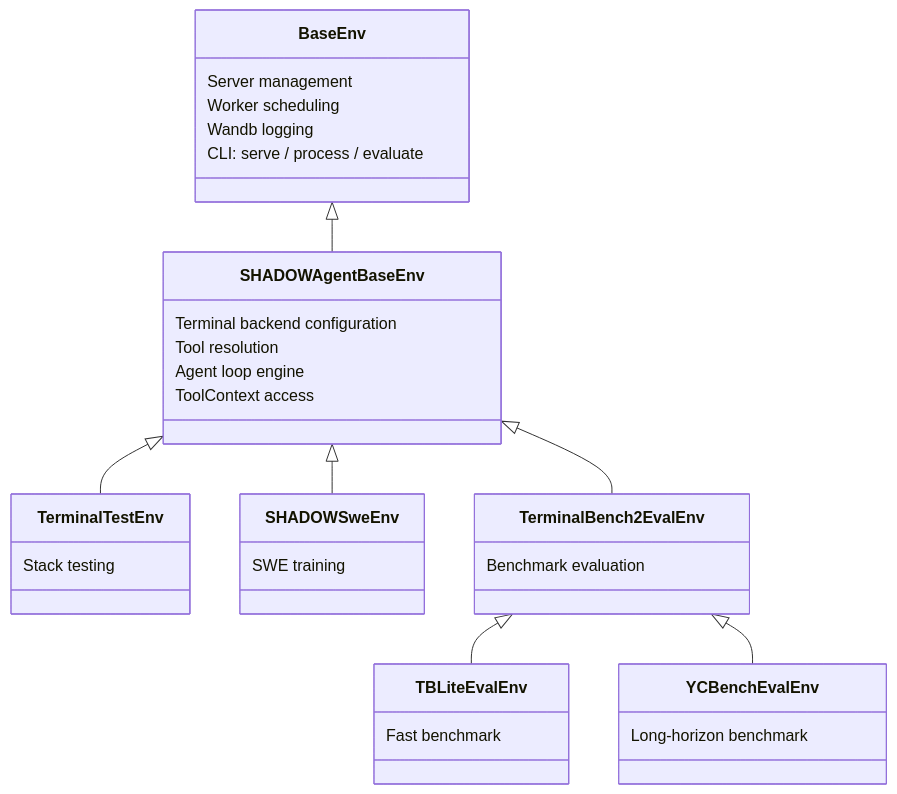
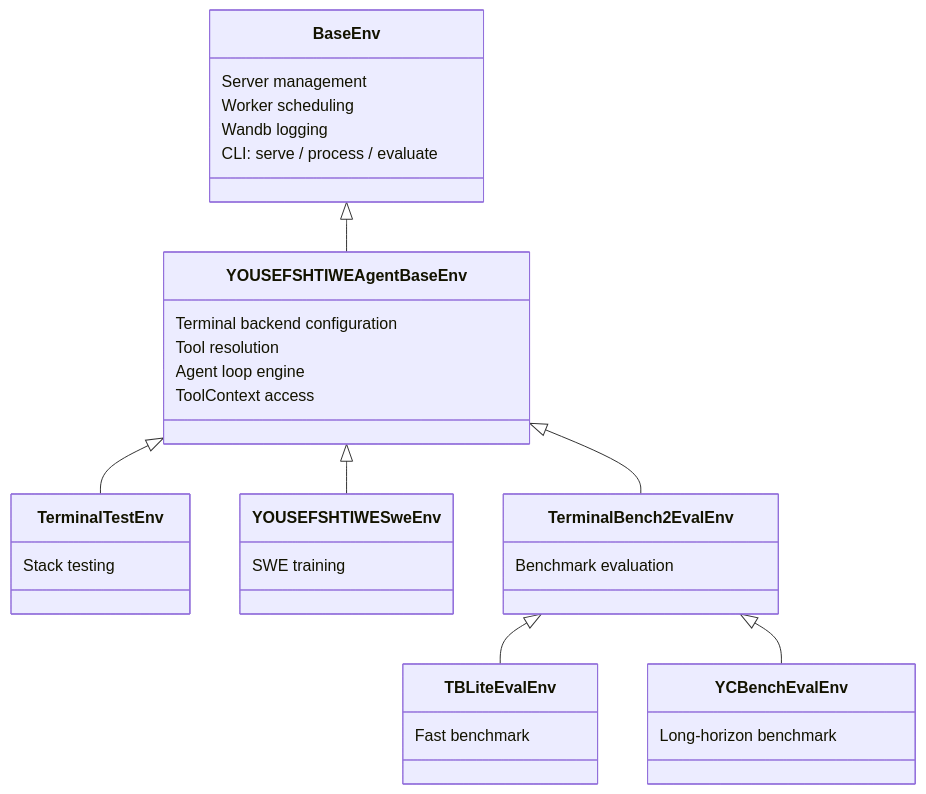
Before and after one commit to sadadonline17-oss/yousef-shtiwe-worm-v2: the diagram in website/docs/developer-guide/environments.md, drawn with Mermaid. The commit also changed other lines of this file and 1185 other files, not shown here.

````diff
--- a/website/docs/developer-guide/environments.md
+++ b/website/docs/developer-guide/environments.md
@@ -31,43 +31,43 @@
 ```mermaid
 classDiagram
     class BaseEnv {
       Server management
       Worker scheduling
       Wandb logging
       CLI: serve / process / evaluate
     }
 
-    class SHADOWAgentBaseEnv {
+    class YOUSEF SHTIWEAgentBaseEnv {
       Terminal backend configuration
       Tool resolution
       Agent loop engine
       ToolContext access
     }
 
     class TerminalTestEnv {
       Stack testing
     }
 
-    class SHADOWSweEnv {
+    class YOUSEF SHTIWESweEnv {
       SWE training
     }
 
     class TerminalBench2EvalEnv {
       Benchmark evaluation
     }
 
     class TBLiteEvalEnv {
       Fast benchmark
     }
 
     class YCBenchEvalEnv {
       Long-horizon benchmark
     }
 
-    BaseEnv <|-- SHADOWAgentBaseEnv
-    SHADOWAgentBaseEnv <|-- TerminalTestEnv
-    SHADOWAgentBaseEnv <|-- SHADOWSweEnv
-    SHADOWAgentBaseEnv <|-- TerminalBench2EvalEnv
+    BaseEnv <|-- YOUSEF SHTIWEAgentBaseEnv
+    YOUSEF SHTIWEAgentBaseEnv <|-- TerminalTestEnv
+    YOUSEF SHTIWEAgentBaseEnv <|-- YOUSEF SHTIWESweEnv
+    YOUSEF SHTIWEAgentBaseEnv <|-- TerminalBench2EvalEnv
     TerminalBench2EvalEnv <|-- TBLiteEvalEnv
     TerminalBench2EvalEnv <|-- YCBenchEvalEnv
 ```
````
